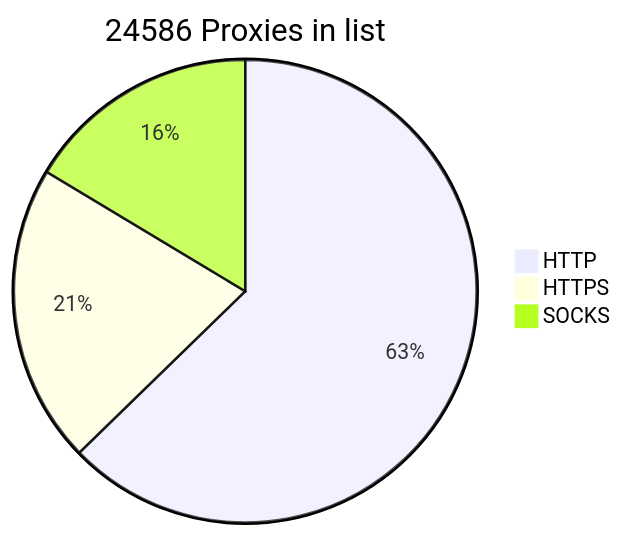
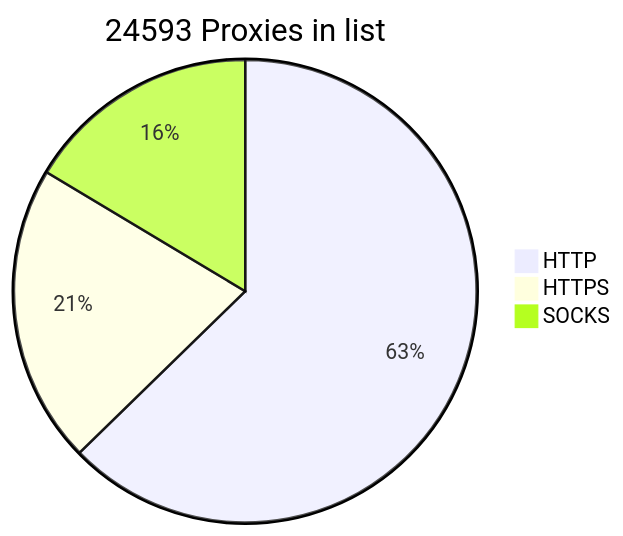
The diagram in README.md (BlackSnowDot/proxylist-update-every-minute), drawn with Mermaid before and after one commit.

````diff
--- a/README.md
+++ b/README.md
@@ -2,6 +2,6 @@
 ```mermaid
-pie title 24586 Proxies in list
-    "HTTP" : 17812
+pie title 24593 Proxies in list
+    "HTTP" : 17814
     "HTTPS": 5934
-    "SOCKS" : 4654
+    "SOCKS" : 4661
 ```
````
